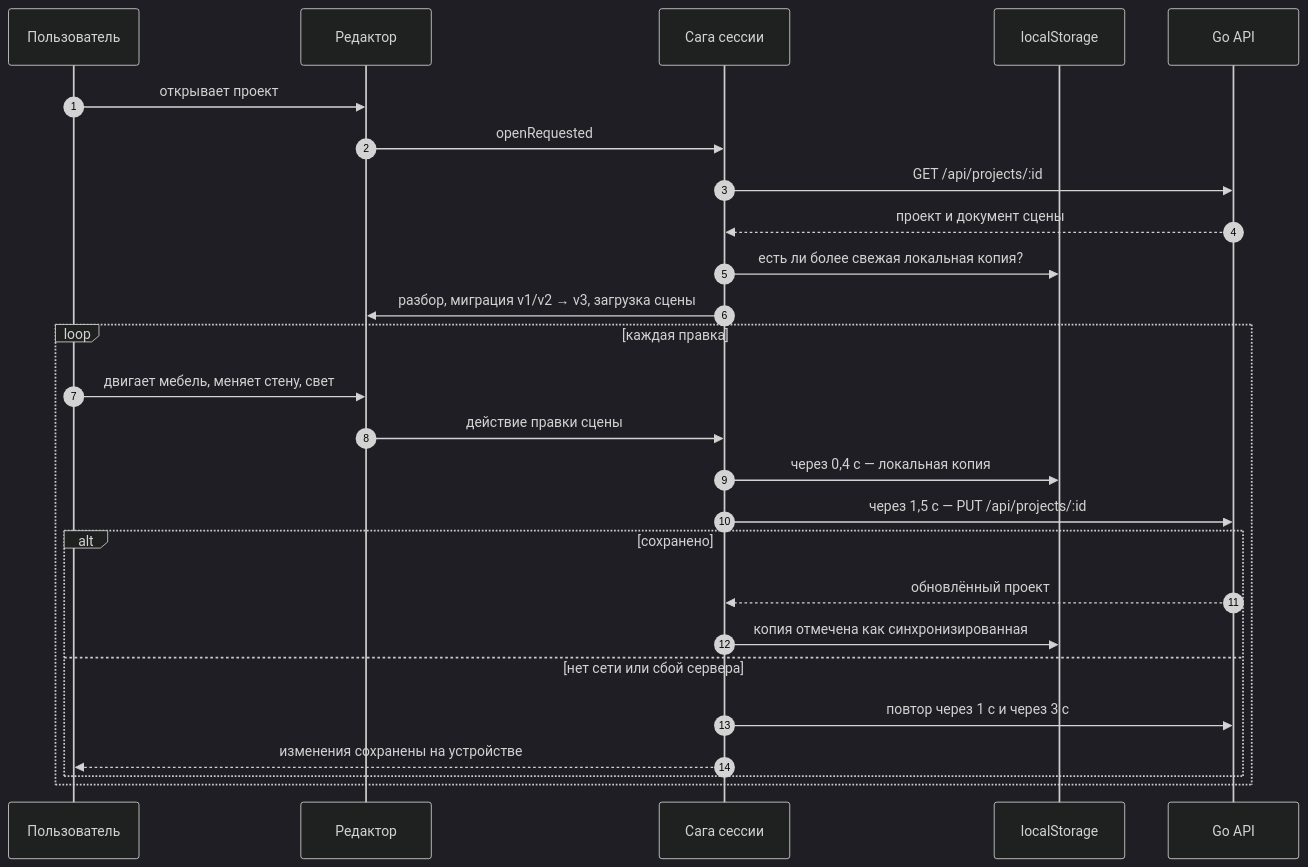
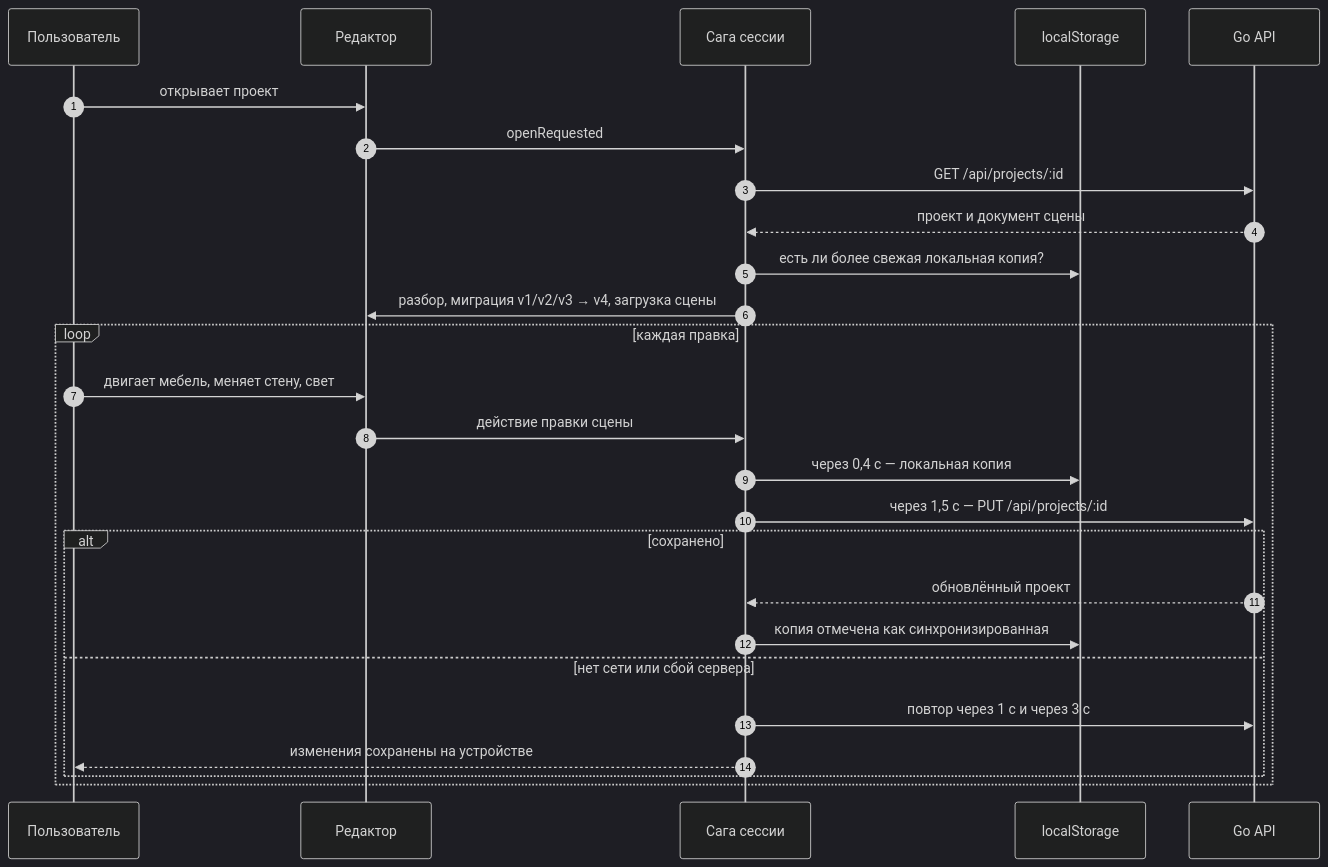
One commit to execada/VRHomeConstruction changed the fifth of 12 diagrams in README.md. Above: the diagram before and after it, drawn with Mermaid (dark theme). The commit also changed other lines of this file and 4 other files, not shown here.

````diff
--- a/README.md
+++ b/README.md
@@ -203,30 +228,30 @@
 ```mermaid
 sequenceDiagram
     autonumber
     participant U as Пользователь
     participant E as Редактор
     participant S as Сага сессии
     participant L as localStorage
     participant A as Go API
 
     U->>E: открывает проект
     E->>S: openRequested
     S->>A: GET /api/projects/:id
     A-->>S: проект и документ сцены
     S->>L: есть ли более свежая локальная копия?
-    S->>E: разбор, миграция v1/v2 → v3, загрузка сцены
+    S->>E: разбор, миграция v1/v2/v3 → v4, загрузка сцены
 
     loop каждая правка
         U->>E: двигает мебель, меняет стену, свет
         E->>S: действие правки сцены
         S->>L: через 0,4 с — локальная копия
         S->>A: через 1,5 с — PUT /api/projects/:id
         alt сохранено
             A-->>S: обновлённый проект
             S->>L: копия отмечена как синхронизированная
         else нет сети или сбой сервера
             S->>A: повтор через 1 с и через 3 с
             S-->>U: изменения сохранены на устройстве
         end
     end
 ```
````
